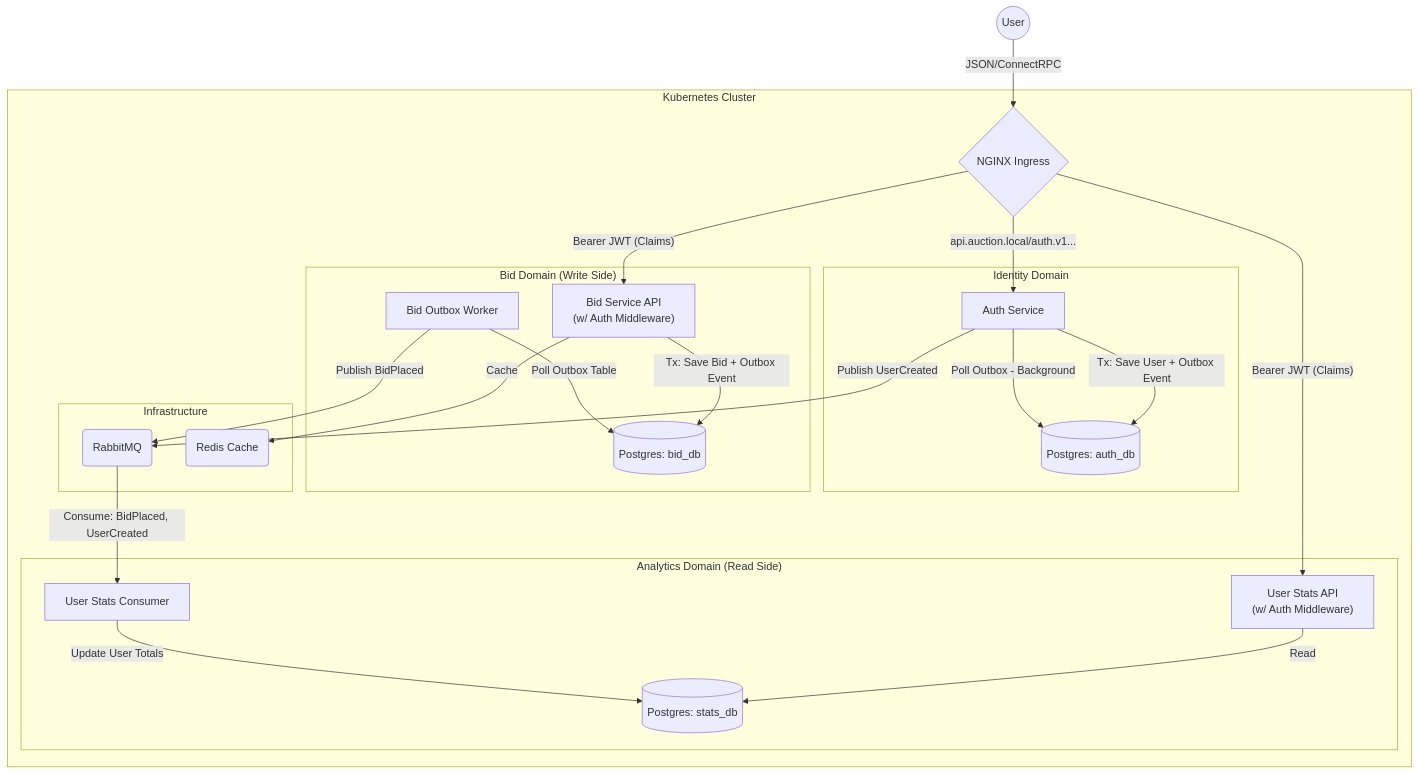
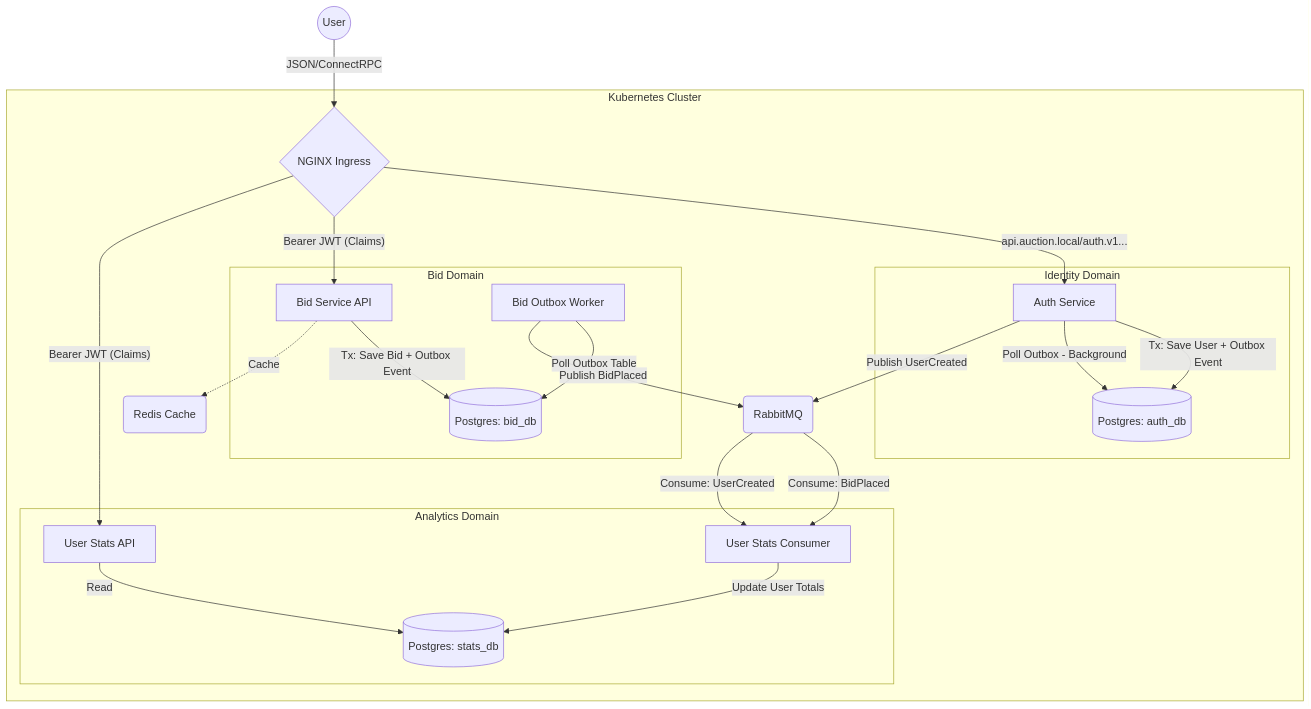
One commit to floroz/gavel changed the diagram in README.md. Above: the diagram before and after it, drawn with Mermaid. The commit also changed 1 other file, not shown here.

````diff
--- a/README.md
+++ b/README.md
@@ -31,34 +31,39 @@
 ```mermaid
 graph TD
     User((User)) -->|JSON/ConnectRPC| Ingress{NGINX Ingress}
     
     subgraph "Kubernetes Cluster"
-        Ingress -->|api.auction.local/auth.v1...| AuthAPI[Auth Service]
-        Ingress -- "Bearer JWT (Claims)" --> BidAPI["Bid Service API<br/>(w/ Auth Middleware)"]
-        Ingress -- "Bearer JWT (Claims)" --> StatsAPI["User Stats API<br/>(w/ Auth Middleware)"]
-        
+        %% Shared Infrastructure
+        RMQ(RabbitMQ)
+        Redis(Redis Cache)
+
         subgraph "Identity Domain"
-            AuthAPI -->|Tx: Save User + Outbox Event| AuthDB[(Postgres: auth_db)]
+            AuthAPI[Auth Service] -->|Tx: Save User + Outbox Event| AuthDB[(Postgres: auth_db)]
             AuthAPI -->|Poll Outbox - Background| AuthDB
         end
 
-        subgraph "Bid Domain (Write Side)"
-            BidAPI -->|Tx: Save Bid + Outbox Event| BidDB[(Postgres: bid_db)]
-            Worker[Bid Outbox Worker]
-            Worker -->|Poll Outbox Table| BidDB
+        subgraph "Bid Domain"
+            BidAPI[Bid Service API] -->|Tx: Save Bid + Outbox Event| BidDB[(Postgres: bid_db)]
+            BidWorker[Bid Outbox Worker] -->|Poll Outbox Table| BidDB
         end
         
-        subgraph "Analytics Domain (Read Side)"
-            StatsAPI -->|Read| StatsDB[(Postgres: stats_db)]
-            StatsWorker[User Stats Consumer]
-            StatsWorker -->|Update User Totals| StatsDB
+        subgraph "Analytics Domain"
+            StatsAPI[User Stats API] -->|Read| StatsDB[(Postgres: stats_db)]
+            StatsWorker[User Stats Consumer] -->|Update User Totals| StatsDB
         end
+
+        %% Routing
+        Ingress -->|api.auction.local/auth.v1...| AuthAPI
+        Ingress -- "Bearer JWT (Claims)" --> BidAPI
+        Ingress -- "Bearer JWT (Claims)" --> StatsAPI
+
+        %% Event Flow & Caching
+        AuthAPI -- Publish UserCreated --> RMQ
+        BidWorker -- Publish BidPlaced --> RMQ
         
-        subgraph "Infrastructure"
-            Worker -->|Publish BidPlaced| RMQ(RabbitMQ)
-            AuthAPI -->|Publish UserCreated| RMQ
-            RMQ -->|Consume: BidPlaced, UserCreated| StatsWorker
-            BidAPI -->|Cache| Redis(Redis Cache)
-        end
+        RMQ -- Consume: BidPlaced --> StatsWorker
+        RMQ -- Consume: UserCreated --> StatsWorker
+        
+        BidAPI -.->|Cache| Redis
     end
 ```
````
